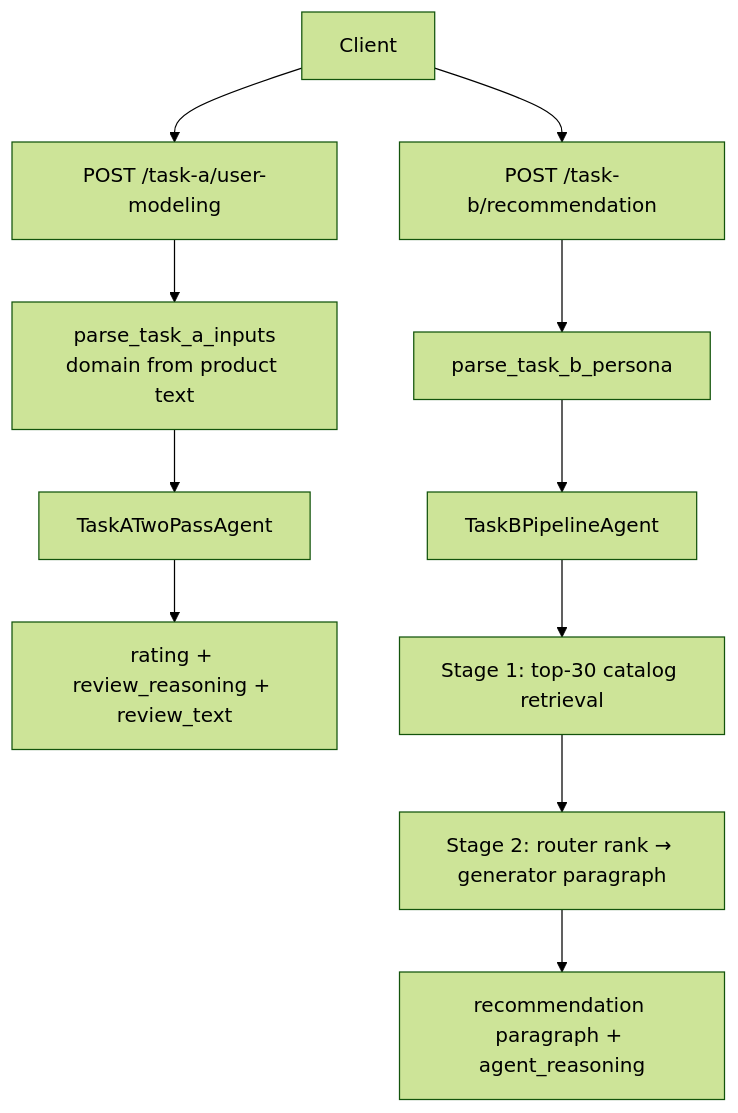
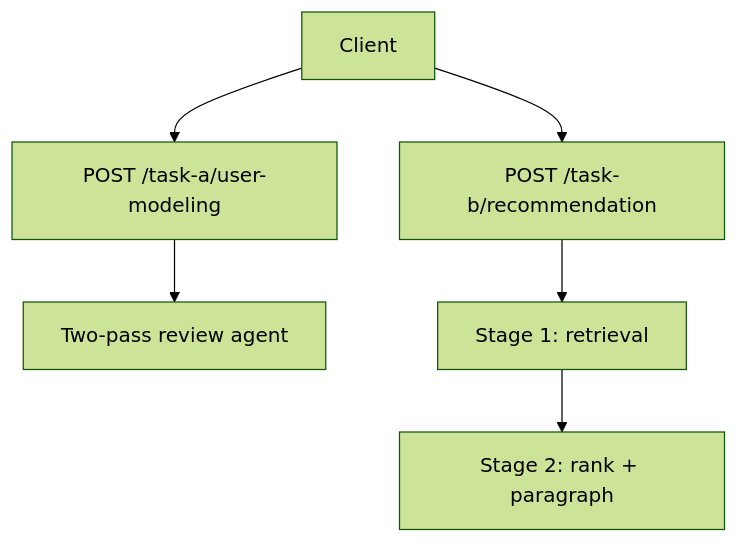
Before and after one commit to taotechs/NaijaSense-AI: the diagram in README.md, drawn with Mermaid (forest theme). The commit also changed other lines of this file and 2 other files, not shown here.

First line of the commit message:
Expand review corpus to 5k HF rows and refresh docs.

````diff
--- a/README.md
+++ b/README.md
@@ -66,13 +36,8 @@
 ```mermaid
 flowchart TB
     C[Client] --> TA[POST /task-a/user-modeling]
     C --> TB[POST /task-b/recommendation]
-    TA --> P1[parse_task_a_inputs<br/>domain from product text]
-    P1 --> A1[TaskATwoPassAgent]
-    A1 --> R1[rating + review_reasoning + review_text]
-    TB --> P2[parse_task_b_persona]
-    P2 --> B1[TaskBPipelineAgent]
-    B1 --> S1[Stage 1: top-30 catalog retrieval]
-    S1 --> S2[Stage 2: router rank → generator paragraph]
-    S2 --> R2[recommendation paragraph + agent_reasoning]
+    TA --> A1[Two-pass review agent]
+    TB --> S1[Stage 1: retrieval]
+    S1 --> S2[Stage 2: rank + paragraph]
 ```
````
